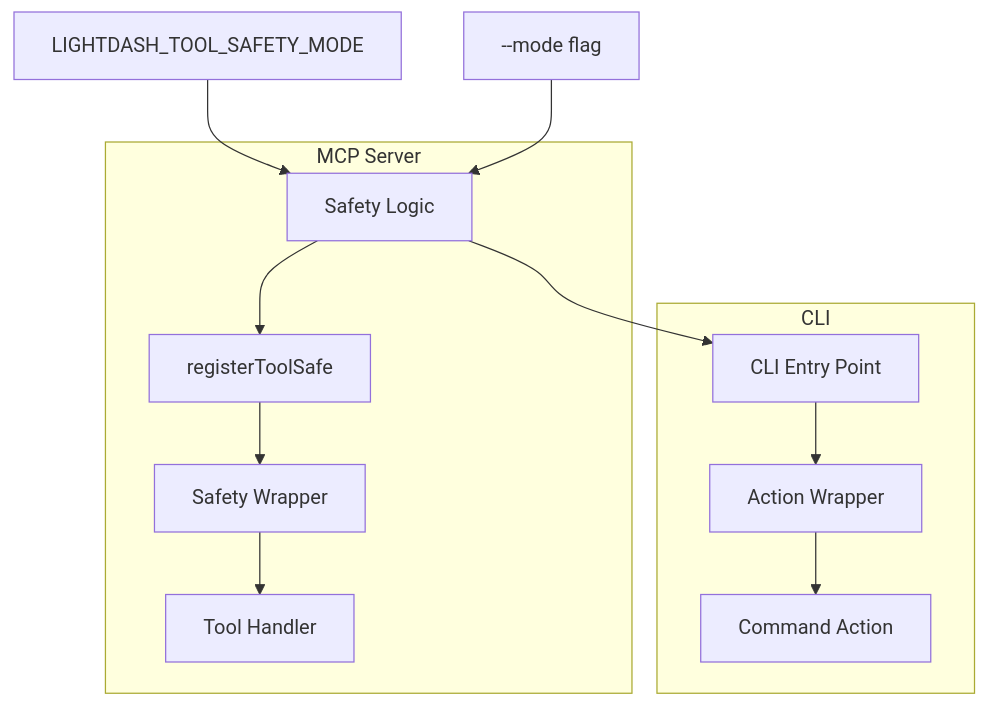
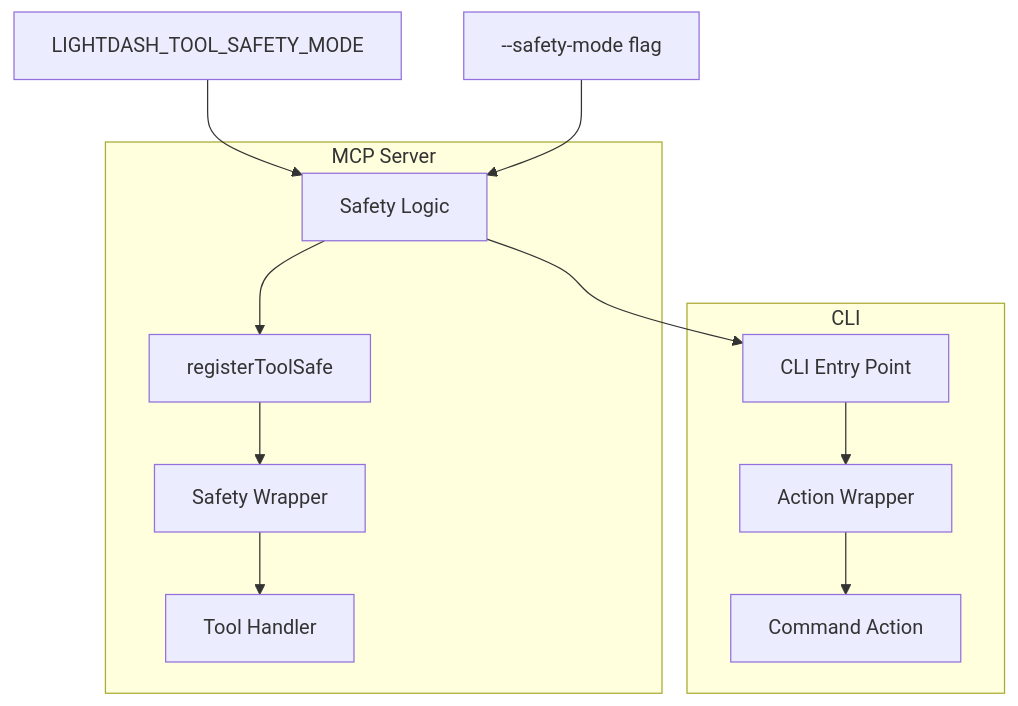
One commit to yu-iskw/lightdash-tools changed the diagram in docs/adr/0029-hierarchical-safety-modes-for-mcp-and-cli.md. Above: the diagram before and after it, drawn with Mermaid. The commit also changed other lines of this file and 19 other files, not shown here.

Commit message:
Release version 0.2.4 with breaking change: renamed CLI flag from --mode to --safety-mode for improved safety mode configuration. Updated documentation and changelog accordingly.

````diff
--- a/docs/adr/0029-hierarchical-safety-modes-for-mcp-and-cli.md
+++ b/docs/adr/0029-hierarchical-safety-modes-for-mcp-and-cli.md
@@ -48,17 +48,17 @@
 ```mermaid
 graph TD
     Env[LIGHTDASH_TOOL_SAFETY_MODE] --> Core[Safety Logic]
-    Flag[--mode flag] --> Core
+    Flag[--safety-mode flag] --> Core
 
     subgraph mcp_server [MCP Server]
         Core --> MCP_Reg[registerToolSafe]
         MCP_Reg --> MCP_Wrapper[Safety Wrapper]
         MCP_Wrapper --> ToolHandler[Tool Handler]
     end
 
     subgraph cli [CLI]
         Core --> CLI_Entry[CLI Entry Point]
         CLI_Entry --> CLI_Wrapper[Action Wrapper]
         CLI_Wrapper --> CommandAction[Command Action]
     end
 ```
````
